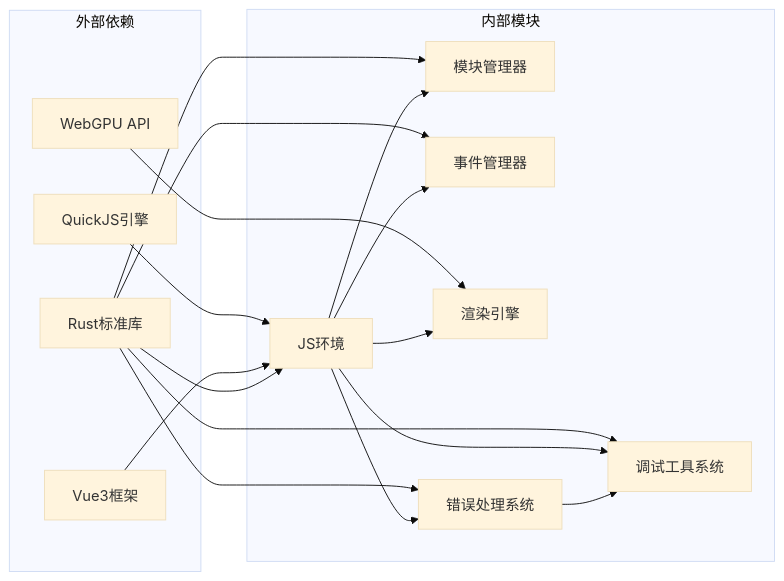
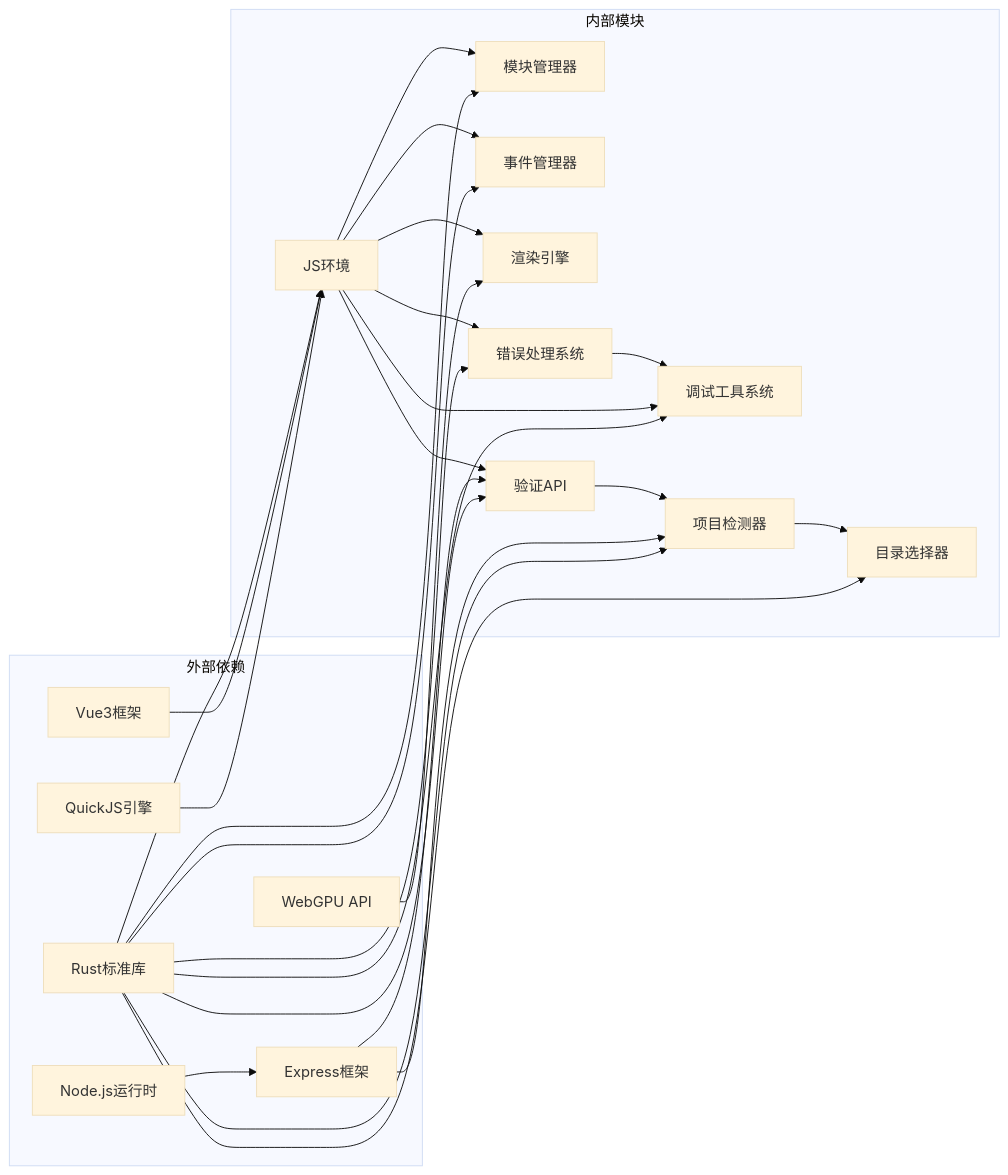
Before and after one commit to itszzl-sudo/iris: the seventh of 7 diagrams in .qoder/repowiki/zh/content/API参考手册/运行时API.md, drawn with Mermaid (base theme). The commit also changed other lines of this file and 34 other files, not shown here.

````diff
--- a/.qoder/repowiki/zh/content/API参考手册/运行时API.md
+++ b/.qoder/repowiki/zh/content/API参考手册/运行时API.md
@@ -594,31 +1305,45 @@
 ```mermaid
 graph LR
 subgraph "外部依赖"
 QuickJS[QuickJS引擎]
 Vue3[Vue3框架]
 WebGPU[WebGPU API]
 Rust[Rust标准库]
+Node.js[Node.js运行时]
+Express[Express框架]
 end
 subgraph "内部模块"
 JSEnv[JS环境]
 ModuleMgr[模块管理器]
 EventMgr[事件管理器]
 RenderEngine[渲染引擎]
 ErrorHandling[错误处理系统]
 DevTools[调试工具系统]
+ValidateAPI[验证API]
+ProjectDetector[项目检测器]
+DirSelector[目录选择器]
 end
 QuickJS --> JSEnv
 Vue3 --> JSEnv
 WebGPU --> RenderEngine
 Rust --> JSEnv
 Rust --> ModuleMgr
 Rust --> EventMgr
 Rust --> ErrorHandling
 Rust --> DevTools
+Rust --> ValidateAPI
+Rust --> ProjectDetector
+Rust --> DirSelector
+Node.js --> Express
+Express --> ValidateAPI
+Express --> ProjectDetector
 JSEnv --> ModuleMgr
 JSEnv --> EventMgr
 JSEnv --> RenderEngine
 JSEnv --> ErrorHandling
 JSEnv --> DevTools
+JSEnv --> ValidateAPI
 ErrorHandling --> DevTools
+ValidateAPI --> ProjectDetector
+ProjectDetector --> DirSelector
 ```
````
